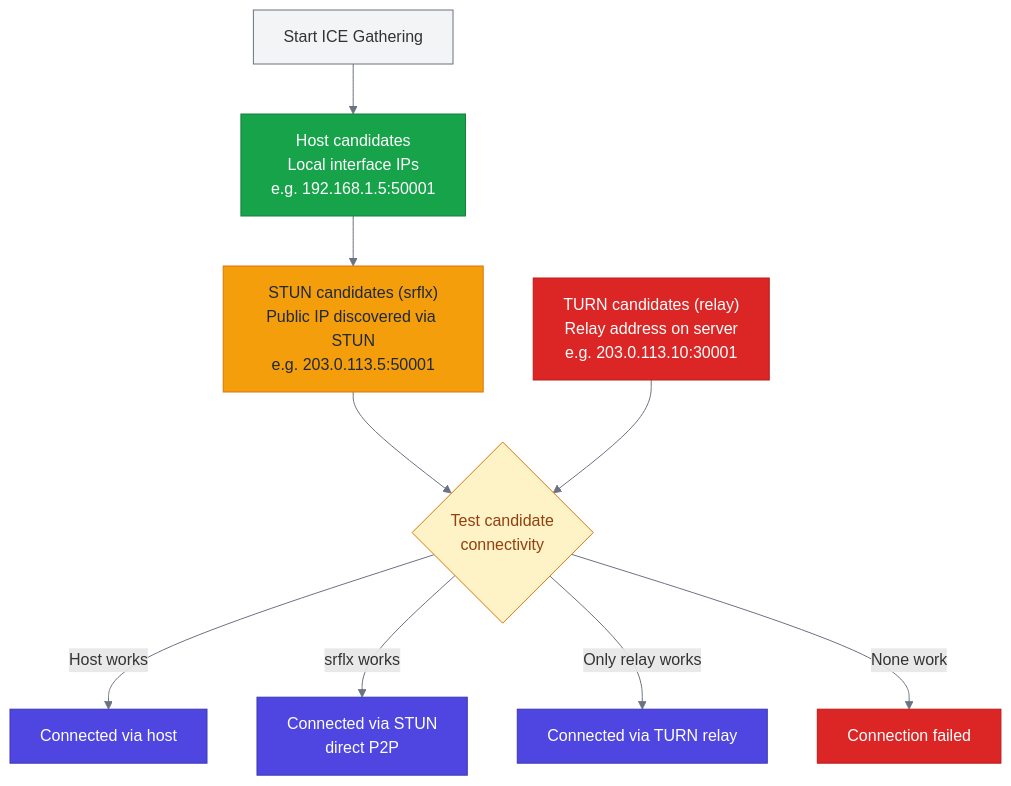
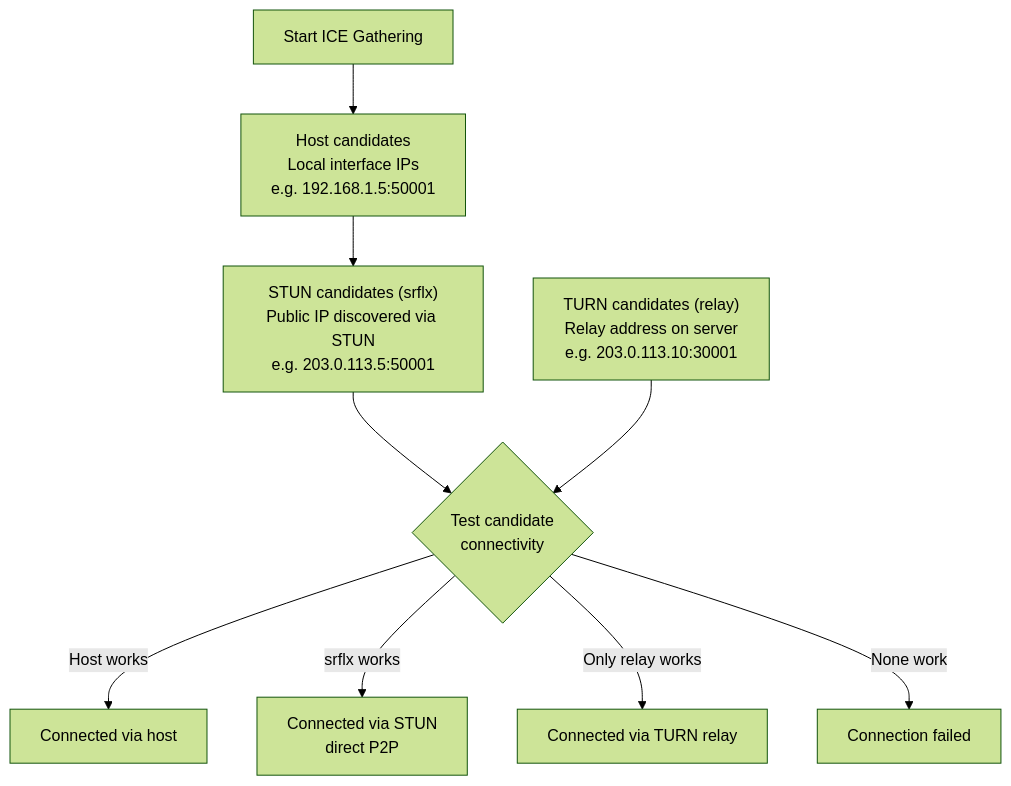
Before and after one commit to bedrud-ir/bedrud: the third of 4 diagrams in docs/architecture/webrtc-connectivity.md, drawn with Mermaid. The commit also changed other lines of this file and 9 other files, not shown here.

Commit message:
update mermaid diagrams to use forest theme for consistent rendering

````diff
--- a/docs/architecture/webrtc-connectivity.md
+++ b/docs/architecture/webrtc-connectivity.md
@@ -112,34 +85,14 @@
 ```mermaid
-%%{init: {'themeVariables': {
-  'primaryColor': '#4F46E1',
-  'primaryTextColor': '#FFFFFF',
-  'primaryBorderColor': '#3B37B3',
-  'lineColor': '#6B7280',
-  'secondaryColor': '#F3F4F6',
-  'tertiaryColor': '#E5E7EB',
-  'background': '#FFFFFF',
-  'mainBkg': '#EEF2FF',
-  'nodeBorder': '#3B37B3'
-}}}%%
+%%{init: {'theme': 'forest'}}%%
 flowchart TD
     START[Start ICE Gathering] --> HOST
     HOST["Host candidates<br/>Local interface IPs<br/>e.g. 192.168.1.5:50001"] --> SRFLX
     SRFLX["STUN candidates (srflx)<br/>Public IP discovered via STUN<br/>e.g. 203.0.113.5:50001"] --> TEST
     TURN_C["TURN candidates (relay)<br/>Relay address on server<br/>e.g. 203.0.113.10:30001"] --> TEST
 
     TEST{Test candidate<br/>connectivity}
     TEST -->|"Host works"| CONNECTED[Connected via host]
     TEST -->|"srflx works"| CONNECTED2[Connected via STUN<br/>direct P2P]
     TEST -->|"Only relay works"| CONNECTED3[Connected via TURN relay]
     TEST -->|"None work"| FAIL[Connection failed]
-
-    style HOST fill:#16A34A,stroke:#15803D,color:#FFFFFF
-    style SRFLX fill:#F59E0B,stroke:#D97706,color:#1F2937
-    style TURN_C fill:#DC2626,stroke:#B91C1C,color:#FFFFFF
-    style CONNECTED fill:#4F46E1,stroke:#3B37B3,color:#FFFFFF
-    style CONNECTED2 fill:#4F46E1,stroke:#3B37B3,color:#FFFFFF
-    style CONNECTED3 fill:#4F46E1,stroke:#3B37B3,color:#FFFFFF
-    style FAIL fill:#DC2626,stroke:#B91C1C,color:#FFFFFF
-    style START fill:#F3F4F6,stroke:#6B7280
-    style TEST fill:#FEF3C7,stroke:#D97706,color:#92400E
 ```
````
